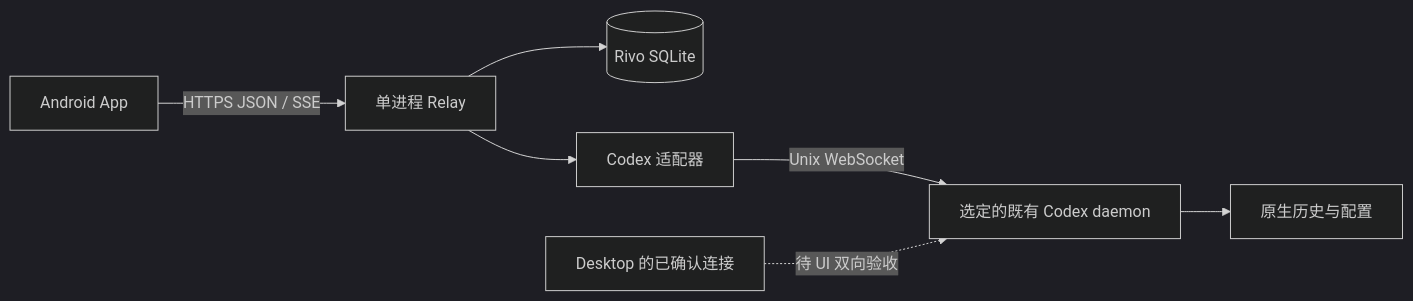
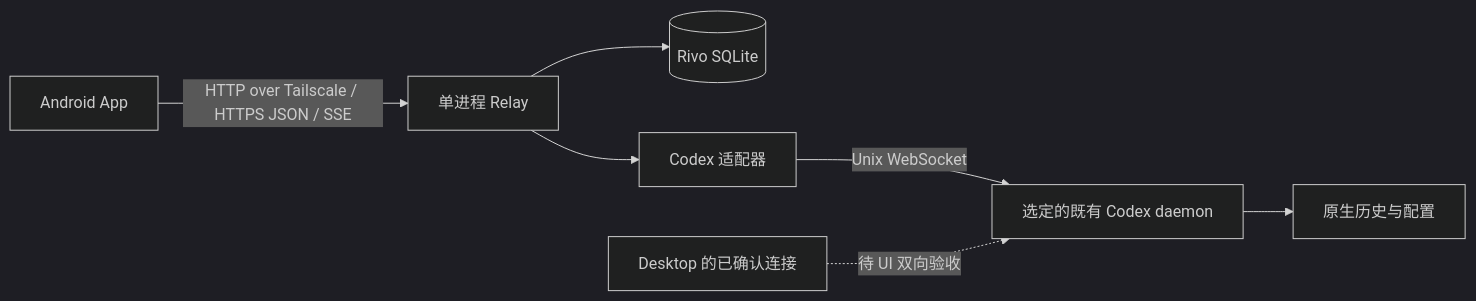
One commit to ethanhubin/rivo-relay changed the diagram in docs/architecture.md. Above: the diagram before and after it, drawn with Mermaid (dark theme). The commit also changed other lines of this file and 177 other files, not shown here.

````diff
--- a/docs/architecture.md
+++ b/docs/architecture.md
@@ -11,9 +11,9 @@
 ```mermaid
 flowchart LR
-    A[Android App] -->|HTTPS JSON / SSE| R[单进程 Relay]
+    A[Android App] -->|HTTP over Tailscale / HTTPS JSON / SSE| R[单进程 Relay]
     R --> S[(Rivo SQLite)]
     R --> C[Codex 适配器]
     C -->|Unix WebSocket| N[选定的既有 Codex daemon]
     D[Desktop 的已确认连接] -. 待 UI 双向验收 .-> N
     N --> H[原生历史与配置]
 ```
````
